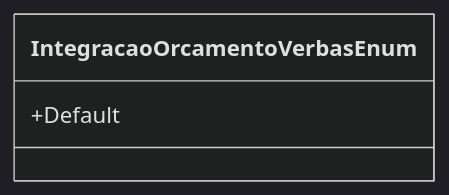
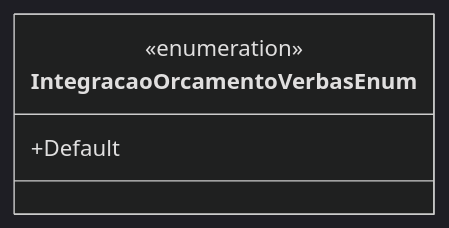
One commit to IsthmusSistemas/documentacao-tecnica changed the diagram in docs/b2b-dominio/IsthmusWinthor.Nucleo/IsthmusWinthor.Dominio/Enumeradores/IntegracaoOrcamentoVerbasEnum.md. Above: the diagram before and after it, drawn with Mermaid (dark theme). The commit also changed other lines of this file and 882 other files, not shown here.

````diff
--- a/docs/b2b-dominio/IsthmusWinthor.Nucleo/IsthmusWinthor.Dominio/Enumeradores/IntegracaoOrcamentoVerbasEnum.md
+++ b/docs/b2b-dominio/IsthmusWinthor.Nucleo/IsthmusWinthor.Dominio/Enumeradores/IntegracaoOrcamentoVerbasEnum.md
@@ -12,6 +17,7 @@
 ```mermaid
 classDiagram
     class IntegracaoOrcamentoVerbasEnum {
+        <<enumeration>>
         +Default
     }
-```
+``` 
````
